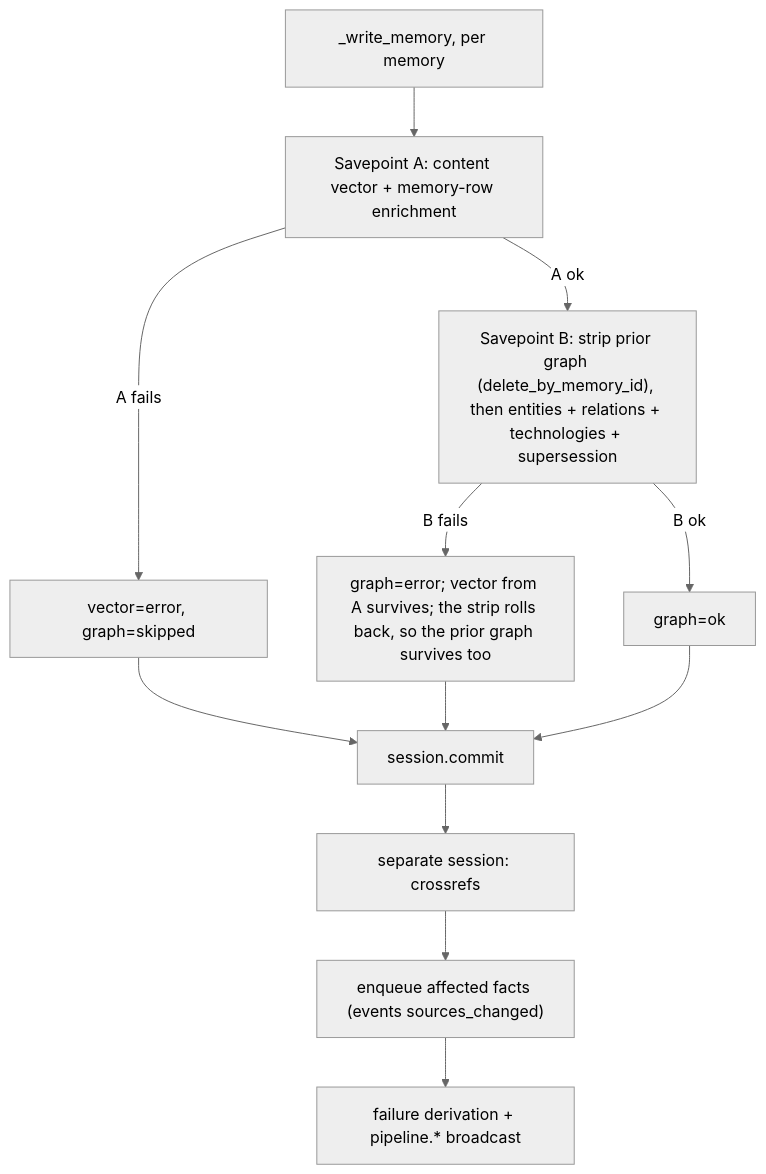
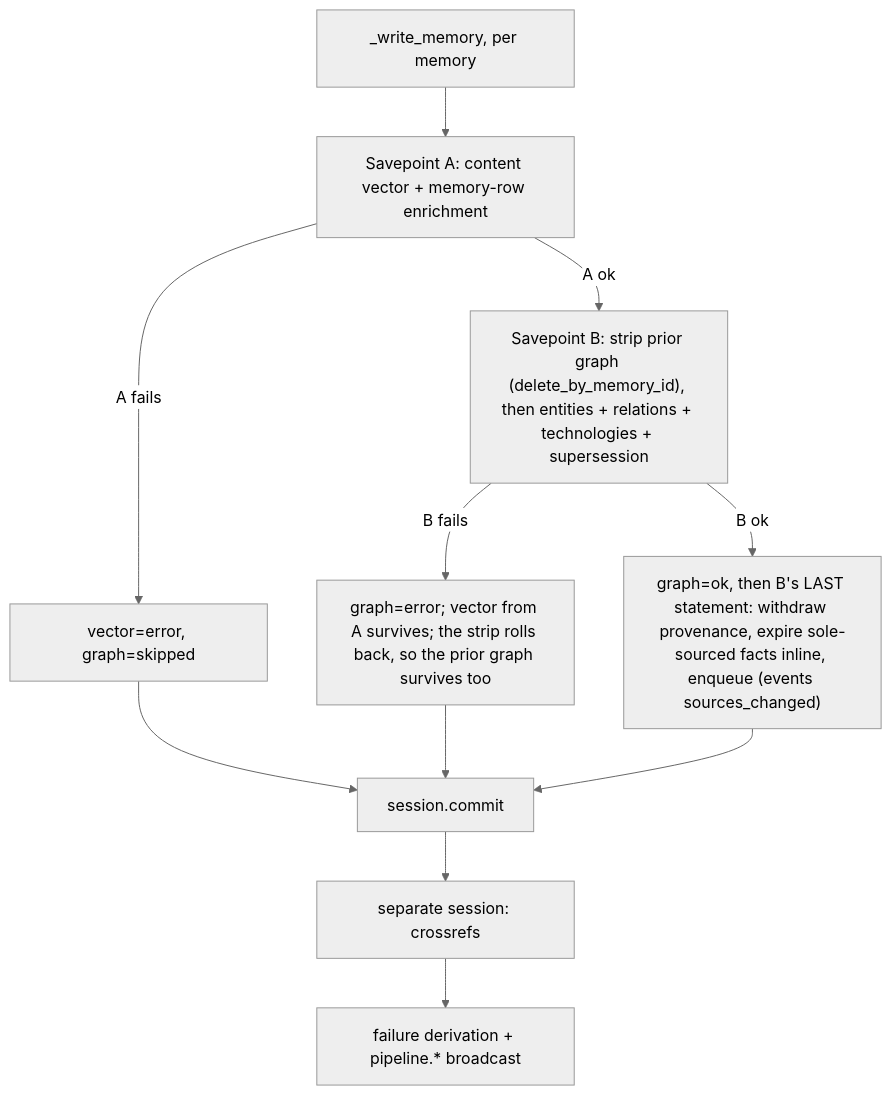
Before and after one commit to darkraise/darkmem: the seventh of 8 diagrams in docs/design/05-ingestion-pipeline.md, drawn with Mermaid (neutral theme). The commit also changed other lines of this file and 1 other file, not shown here.

Commit message:
docs(design): move the vault enqueue inside savepoint B
The doc 05 §8 flowchart drew the enqueue post-commit, which misdescribes
what T2.47 shipped. The Fable review adjudicated the prose as governing
and the placement as correct, so the diagram is what was wrong.

Two windows close by depicting it inside B. A savepoint-B rollback must
not leave an append-only sources_changed row standing for a write that
never landed; events has no delete path, so a spurious row is permanent.
And a crash between the commit and a post-commit reconcile would leave a
new graph with stale provenance, no event and no backstop.

Precedent is in the same section: an earlier revision of this flowchart
drew the strip outside the savepoints and was wrong the same way (T1.21).

Also widens T2.61: delete_memory swallows every exception, so a failed
withdrawal on the interactive path strands rows just as the TTL bypass
does. A provenance-orphan backstop covers both; routing the TTL sweep
alone covers one.

Task: T2.47

````diff
--- a/docs/design/05-ingestion-pipeline.md
+++ b/docs/design/05-ingestion-pipeline.md
@@ -229,14 +231,13 @@
 ```mermaid
 flowchart TD
     W["_write_memory, per memory"] --> SA["Savepoint A: content vector + memory-row enrichment"]
     SA -->|A fails| AERR["vector=error, graph=skipped"]
     SA -->|A ok| SB["Savepoint B: strip prior graph (delete_by_memory_id), then entities + relations + technologies + supersession"]
     SB -->|B fails| BERR["graph=error; vector from A survives; the strip rolls back, so the prior graph survives too"]
-    SB -->|B ok| GOK["graph=ok"]
+    SB -->|B ok| GOK["graph=ok, then B's LAST statement: withdraw provenance, expire sole-sourced facts inline, enqueue (events sources_changed)"]
     AERR --> COMMIT["session.commit"]
     BERR --> COMMIT
     GOK --> COMMIT
     COMMIT --> XREF["separate session: crossrefs"]
-    XREF --> ENQ["enqueue affected facts (events sources_changed)"]
-    ENQ --> DER["failure derivation + pipeline.* broadcast"]
+    XREF --> DER["failure derivation + pipeline.* broadcast"]
 ```
````
